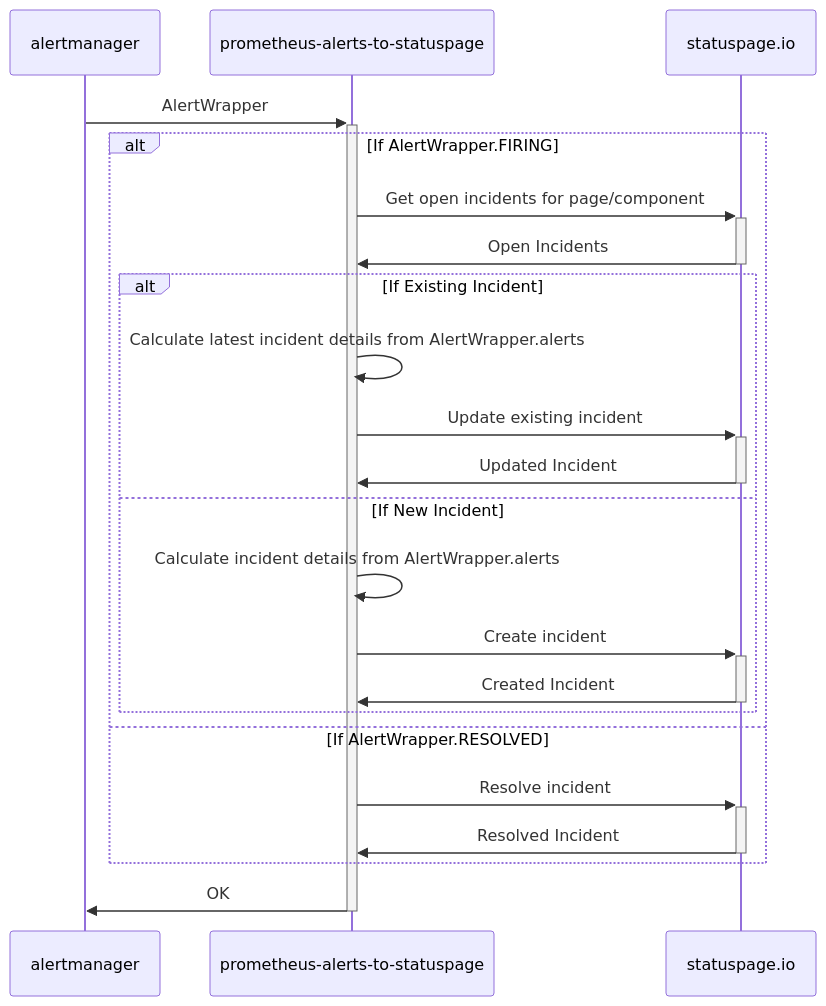
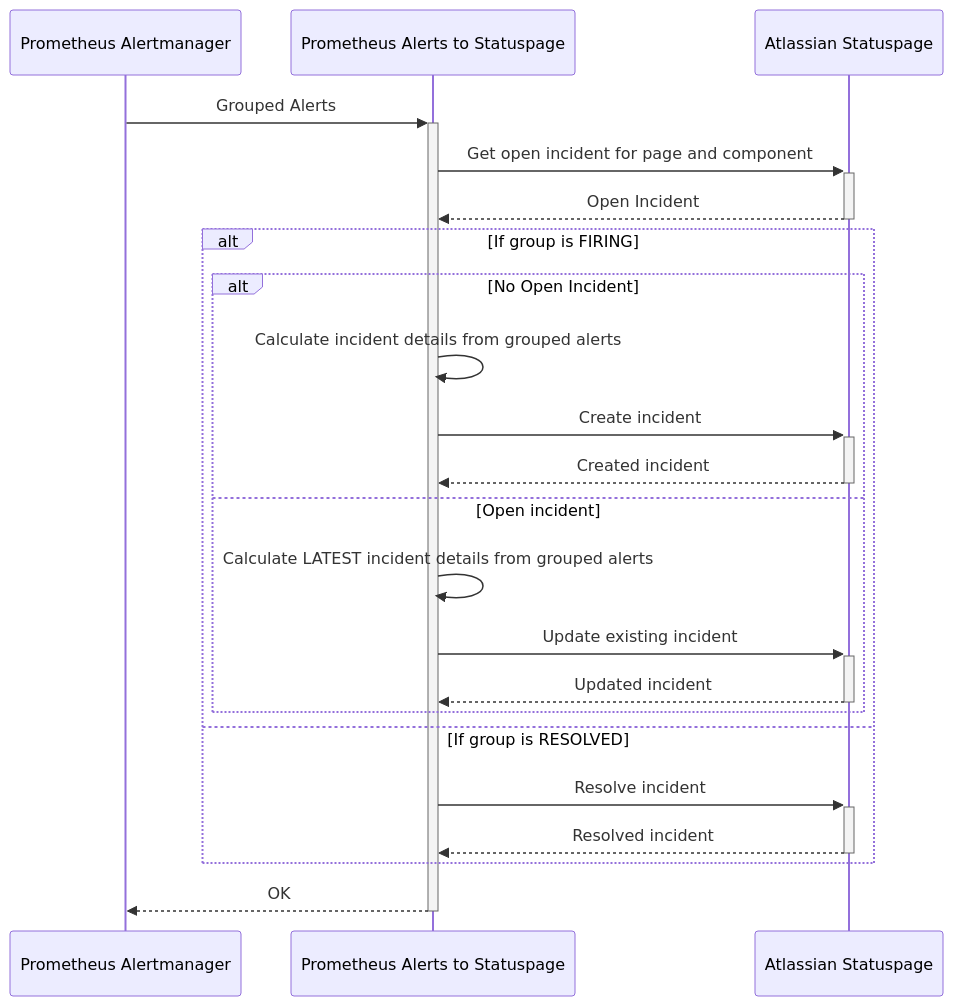
One commit to nathandeamer/prometheus-alerts-to-statuspage changed the diagram in README.md. Above: the diagram before and after it, drawn with Mermaid. The commit also changed other lines of this file and 1 other file, not shown here.

````diff
--- a/README.md
+++ b/README.md
@@ -120,31 +159,29 @@
 ```mermaid
 sequenceDiagram
 
-    participant alertmanager
-    participant prometheus-alerts-to-statuspage
-    participant statuspage.io
+    participant Prometheus Alertmanager
+    participant Prometheus Alerts to Statuspage
+    participant Atlassian Statuspage
 
-    alertmanager ->>+ prometheus-alerts-to-statuspage: AlertWrapper
+    Prometheus Alertmanager ->>+ Prometheus Alerts to Statuspage: Grouped Alerts
+    
+    Prometheus Alerts to Statuspage ->>+ Atlassian Statuspage: Get open incident for page and component
+    Atlassian Statuspage -->>- Prometheus Alerts to Statuspage: Open Incident
 
-    alt If AlertWrapper.FIRING
-        prometheus-alerts-to-statuspage ->>+ statuspage.io: Get open incidents for page/component
-        statuspage.io ->>- prometheus-alerts-to-statuspage: Open Incidents
-        
-        alt If Existing Incident
-            prometheus-alerts-to-statuspage ->> prometheus-alerts-to-statuspage: Calculate latest incident details from AlertWrapper.alerts
-            prometheus-alerts-to-statuspage ->>+ statuspage.io: Update existing incident
-            statuspage.io ->>- prometheus-alerts-to-statuspage: Updated Incident
-        else If New  Incident
-             prometheus-alerts-to-statuspage ->> prometheus-alerts-to-statuspage: Calculate incident details from AlertWrapper.alerts
-             prometheus-alerts-to-statuspage ->>+ statuspage.io: Create incident
-             statuspage.io ->>- prometheus-alerts-to-statuspage: Created Incident
+    alt If group is FIRING
+        alt No Open Incident
+            Prometheus Alerts to Statuspage ->> Prometheus Alerts to Statuspage: Calculate incident details from grouped alerts
+            Prometheus Alerts to Statuspage ->>+ Atlassian Statuspage: Create incident
+            Atlassian Statuspage -->>- Prometheus Alerts to Statuspage: Created incident
+        else Open incident
+            Prometheus Alerts to Statuspage ->> Prometheus Alerts to Statuspage: Calculate LATEST incident details from grouped alerts
+            Prometheus Alerts to Statuspage ->>+ Atlassian Statuspage: Update existing incident
+            Atlassian Statuspage -->>- Prometheus Alerts to Statuspage: Updated incident
         end
+    else If group is RESOLVED
+        Prometheus Alerts to Statuspage ->>+ Atlassian Statuspage: Resolve incident
+        Atlassian Statuspage -->>- Prometheus Alerts to Statuspage: Resolved incident
+    end
 
-    else If AlertWrapper.RESOLVED
-        prometheus-alerts-to-statuspage ->>+ statuspage.io: Resolve incident
-        statuspage.io ->>- prometheus-alerts-to-statuspage: Resolved Incident
-    end
-    
-    prometheus-alerts-to-statuspage ->>- alertmanager: OK
-
+    Prometheus Alerts to Statuspage -->>- Prometheus Alertmanager: OK
 ```
````
